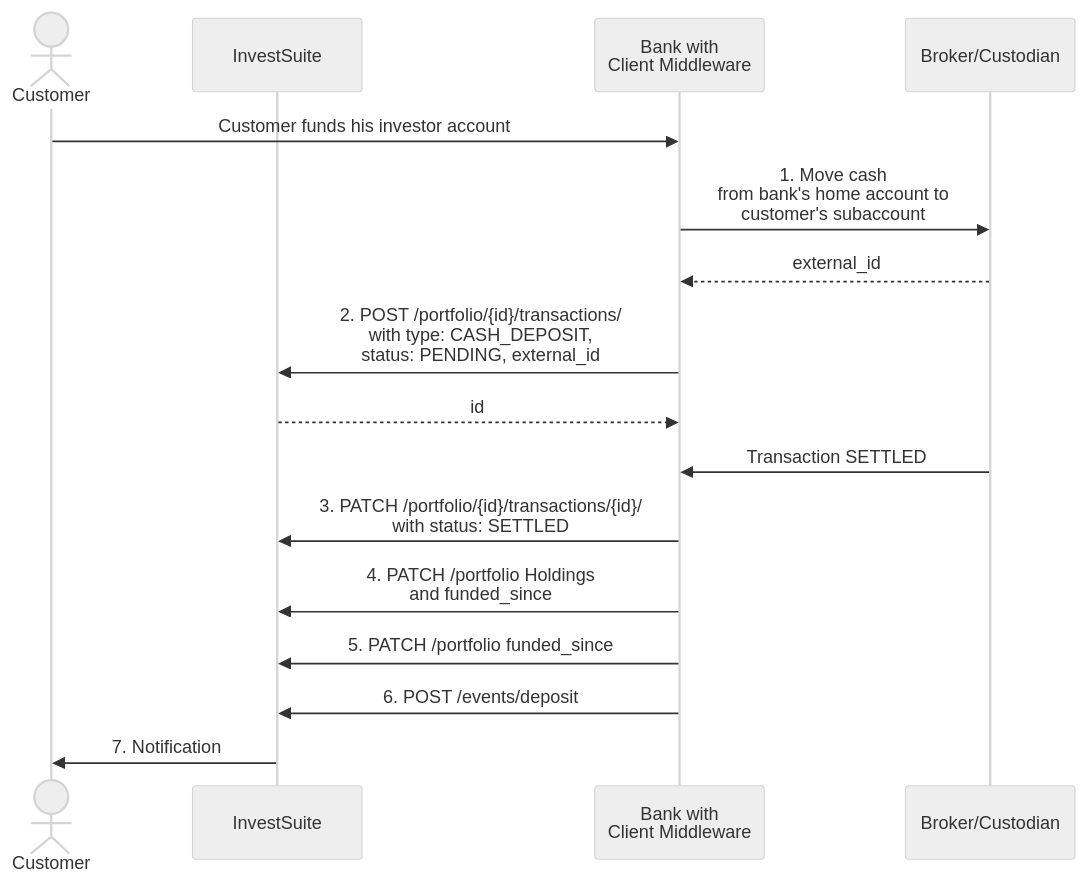
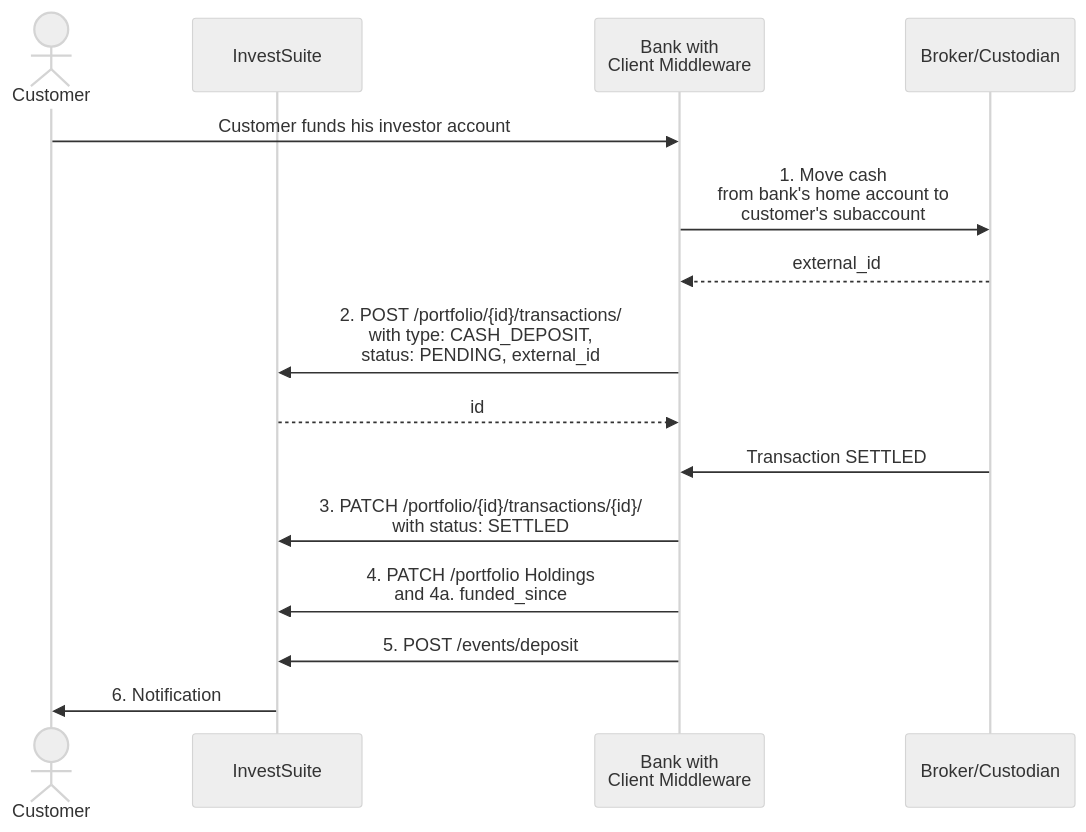
One commit to arcilli/investsuite-api-docs changed the second of 3 diagrams in docs/scenarios/cash_movements.md. Above: the diagram before and after it, drawn with Mermaid (neutral theme).

````diff
--- a/docs/scenarios/cash_movements.md
+++ b/docs/scenarios/cash_movements.md
@@ -54,20 +54,19 @@
 ```mermaid
     sequenceDiagram
 
     actor _c as Customer
     participant _ivs as InvestSuite
     participant _clt as Bank with<br>Client Middleware
     participant _bc as Broker/Custodian
     
     _c ->> _clt: Customer funds his investor account
     _clt ->> _bc: 1. Move cash<br>from bank's home account to<br>customer's subaccount
     _bc -->> _clt: external_id
     _clt ->> _ivs: 2. POST /portfolio/{id}/transactions/<br>with type: CASH_DEPOSIT,<br>status: PENDING, external_id
     _ivs -->> _clt: id
     _bc ->> _clt: Transaction SETTLED
     _clt ->> _ivs: 3. PATCH /portfolio/{id}/transactions/{id}/<br>with status: SETTLED
-    _clt ->> _ivs: 4. PATCH /portfolio Holdings<br>and funded_since
-    _clt ->> _ivs: 5. PATCH /portfolio funded_since
-    _clt ->> _ivs: 6. POST /events/deposit
-    _ivs ->> _c: 7. Notification
+    _clt ->> _ivs: 4. PATCH /portfolio Holdings<br>and 4a. funded_since
+    _clt ->> _ivs: 5. POST /events/deposit
+    _ivs ->> _c: 6. Notification
 ```
````
